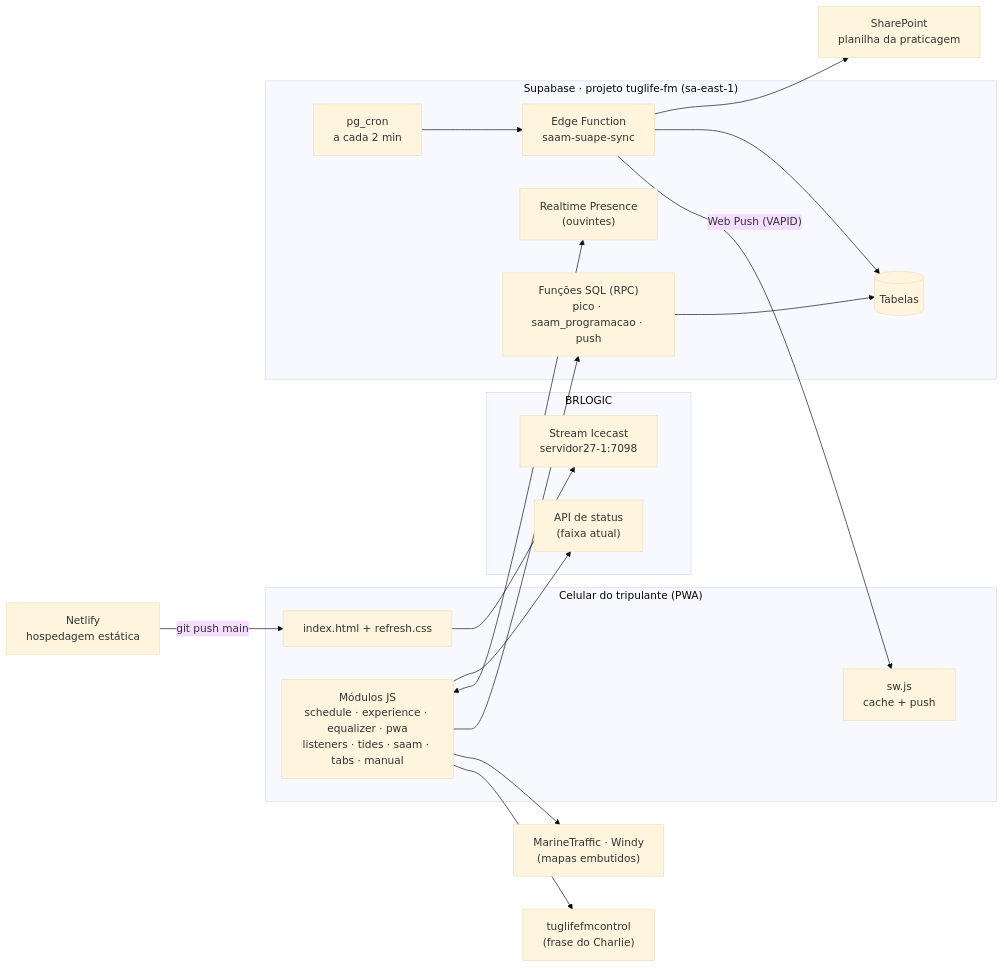
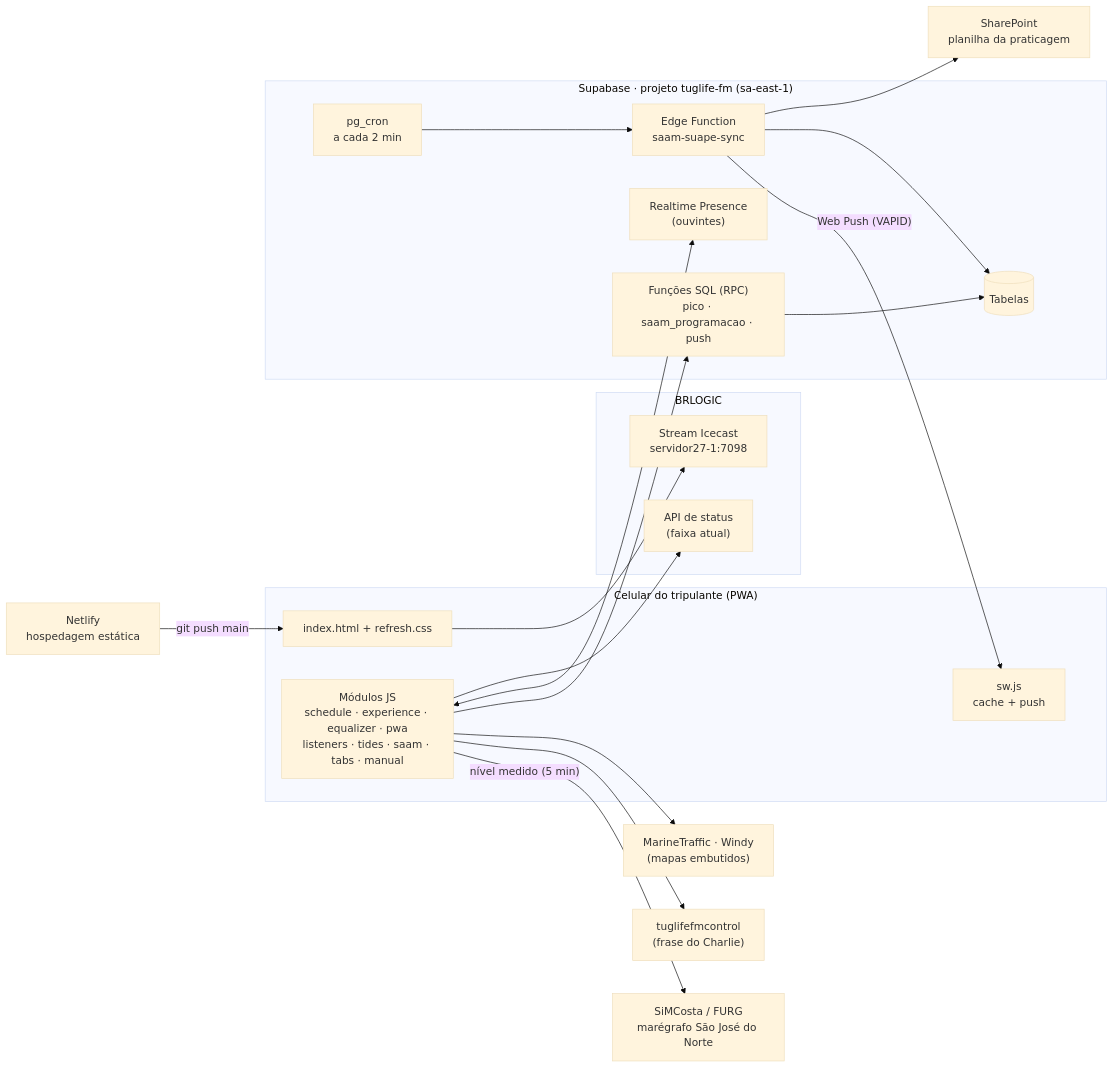
Before and after one commit to Jbvix/radiotuglifefm: the first of 2 diagrams in docs/PROJETO.md, drawn with Mermaid (base theme). The commit also changed other lines of this file and 11 other files, not shown here.

First line of the commit message:
feat: Rio Grande com nível do mar medido ao vivo via SiMCosta/FURG (v3.4.0, SPRINT 22)

````diff
--- a/docs/PROJETO.md
+++ b/docs/PROJETO.md
@@ -112,37 +116,39 @@
 ```mermaid
 flowchart LR
   subgraph Celular["Celular do tripulante (PWA)"]
     UI["index.html + refresh.css"]
     SW["sw.js<br/>cache + push"]
     M["Módulos JS<br/>schedule · experience · equalizer · pwa<br/>listeners · tides · saam · tabs · manual"]
   end
 
   subgraph BRLOGIC["BRLOGIC"]
     ST["Stream Icecast<br/>servidor27-1:7098"]
     SA["API de status<br/>(faixa atual)"]
   end
 
   subgraph Supabase["Supabase · projeto tuglife-fm (sa-east-1)"]
     RT["Realtime Presence<br/>(ouvintes)"]
     RPC["Funções SQL (RPC)<br/>pico · saam_programacao · push"]
     DB[("Tabelas")]
     EF["Edge Function<br/>saam-suape-sync"]
     CR["pg_cron<br/>a cada 2 min"]
   end
 
   SP["SharePoint<br/>planilha da praticagem"]
   EXT["MarineTraffic · Windy<br/>(mapas embutidos)"]
   CT["tuglifefmcontrol<br/>(frase do Charlie)"]
+  SIM["SiMCosta / FURG<br/>marégrafo São José do Norte"]
   NET["Netlify<br/>hospedagem estática"]
 
   NET -->|"git push main"| UI
   UI --> ST
   M --> SA
   M <--> RT
   M --> RPC --> DB
   CR --> EF --> SP
   EF --> DB
   EF -->|"Web Push (VAPID)"| SW
   M --> EXT
   M --> CT
+  M -->|"nível medido (5 min)"| SIM
 ```
````
